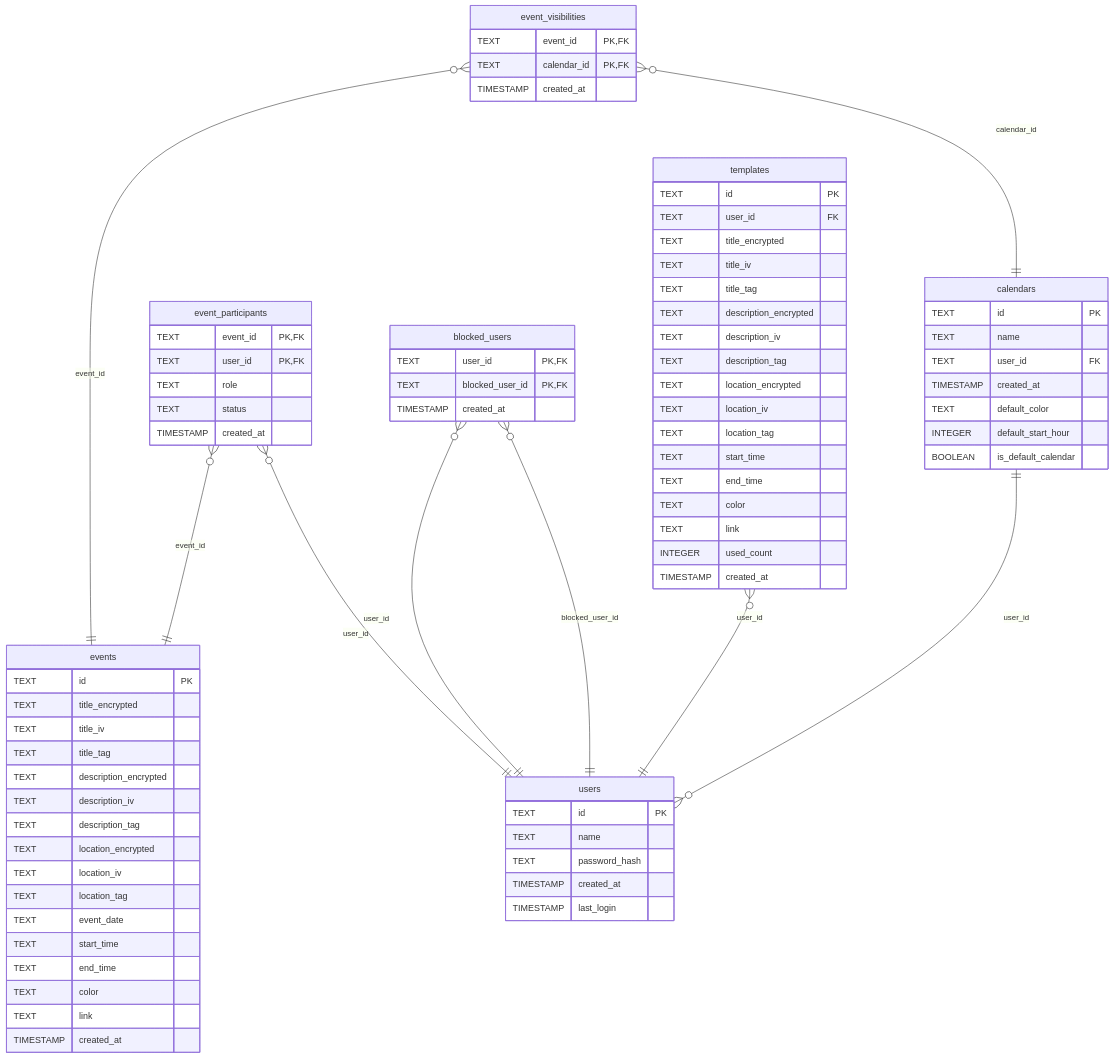
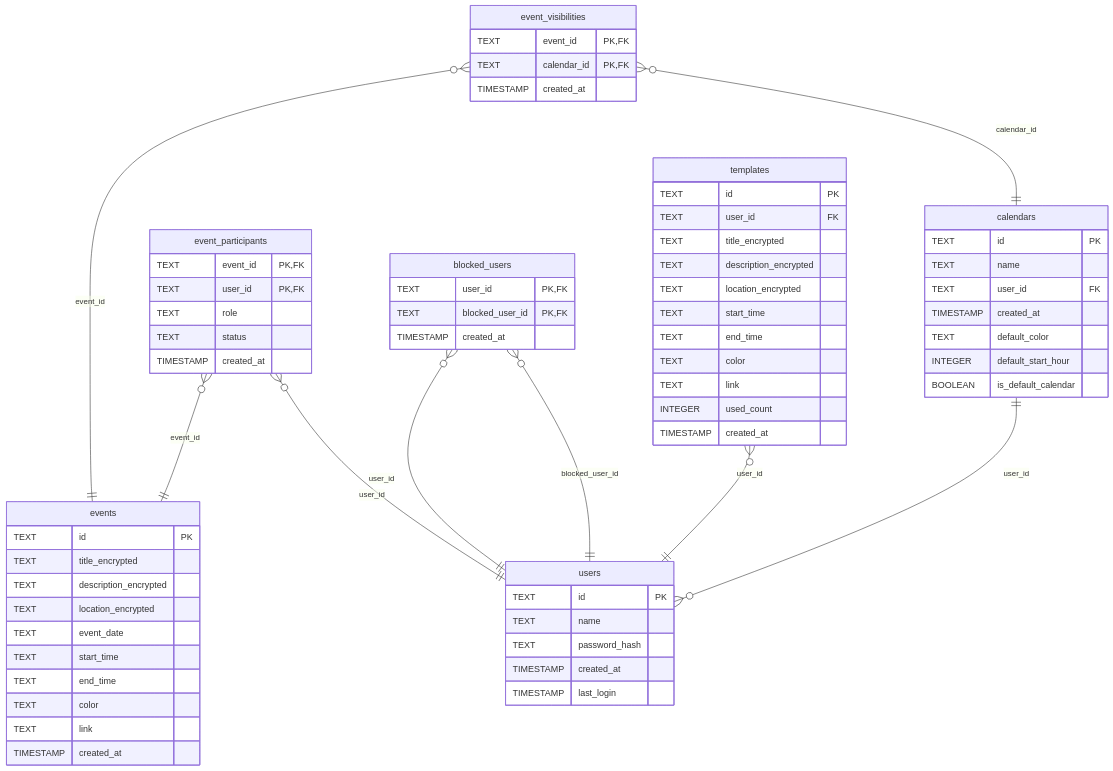
Before and after one commit to ScriptRaccoon/svalendar: the diagram in README.md, drawn with Mermaid. The commit also changed 10 other files, not shown here.

````diff
--- a/README.md
+++ b/README.md
@@ -32,81 +32,69 @@
 ```mermaid
 erDiagram
   users {
     TEXT id PK
     TEXT name
     TEXT password_hash
     TIMESTAMP created_at
     TIMESTAMP last_login
   }
   calendars {
     TEXT id PK
     TEXT name
     TEXT user_id FK
     TIMESTAMP created_at
     TEXT default_color
     INTEGER default_start_hour
     BOOLEAN is_default_calendar
   }
   calendars ||--o{ users : "user_id"
   events {
     TEXT id PK
     TEXT title_encrypted
-    TEXT title_iv
-    TEXT title_tag
     TEXT description_encrypted
-    TEXT description_iv
-    TEXT description_tag
     TEXT location_encrypted
-    TEXT location_iv
-    TEXT location_tag
     TEXT event_date
     TEXT start_time
     TEXT end_time
     TEXT color
     TEXT link
     TIMESTAMP created_at
   }
   event_visibilities {
     TEXT event_id PK, FK
     TEXT calendar_id PK, FK
     TIMESTAMP created_at
   }
   event_visibilities }o--|| events : "event_id"
   event_visibilities }o--|| calendars : "calendar_id"
   event_participants {
     TEXT event_id PK, FK
     TEXT user_id PK, FK
     TEXT role
     TEXT status
     TIMESTAMP created_at
   }
   event_participants }o--|| events : "event_id"
   event_participants }o--|| users : "user_id"
   blocked_users {
     TEXT user_id PK, FK
     TEXT blocked_user_id PK, FK
     TIMESTAMP created_at
   }
   blocked_users }o--|| users : "user_id"
   blocked_users }o--|| users : "blocked_user_id"
   templates {
     TEXT id PK
     TEXT user_id FK
     TEXT title_encrypted
-    TEXT title_iv
-    TEXT title_tag
     TEXT description_encrypted
-    TEXT description_iv
-    TEXT description_tag
     TEXT location_encrypted
-    TEXT location_iv
-    TEXT location_tag
     TEXT start_time
     TEXT end_time
     TEXT color
     TEXT link
     INTEGER used_count
     TIMESTAMP created_at
   }
   templates }o--|| users : "user_id"
 ```
````
